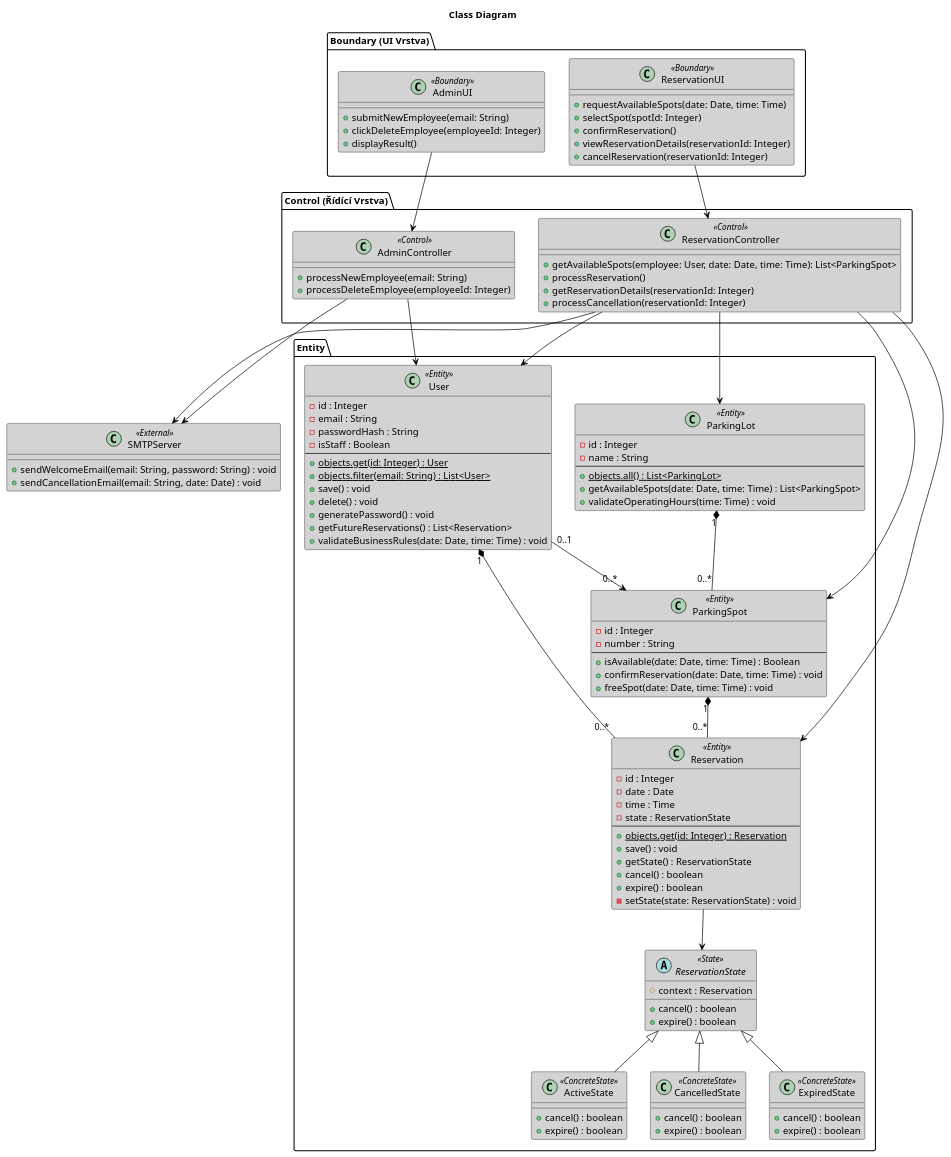
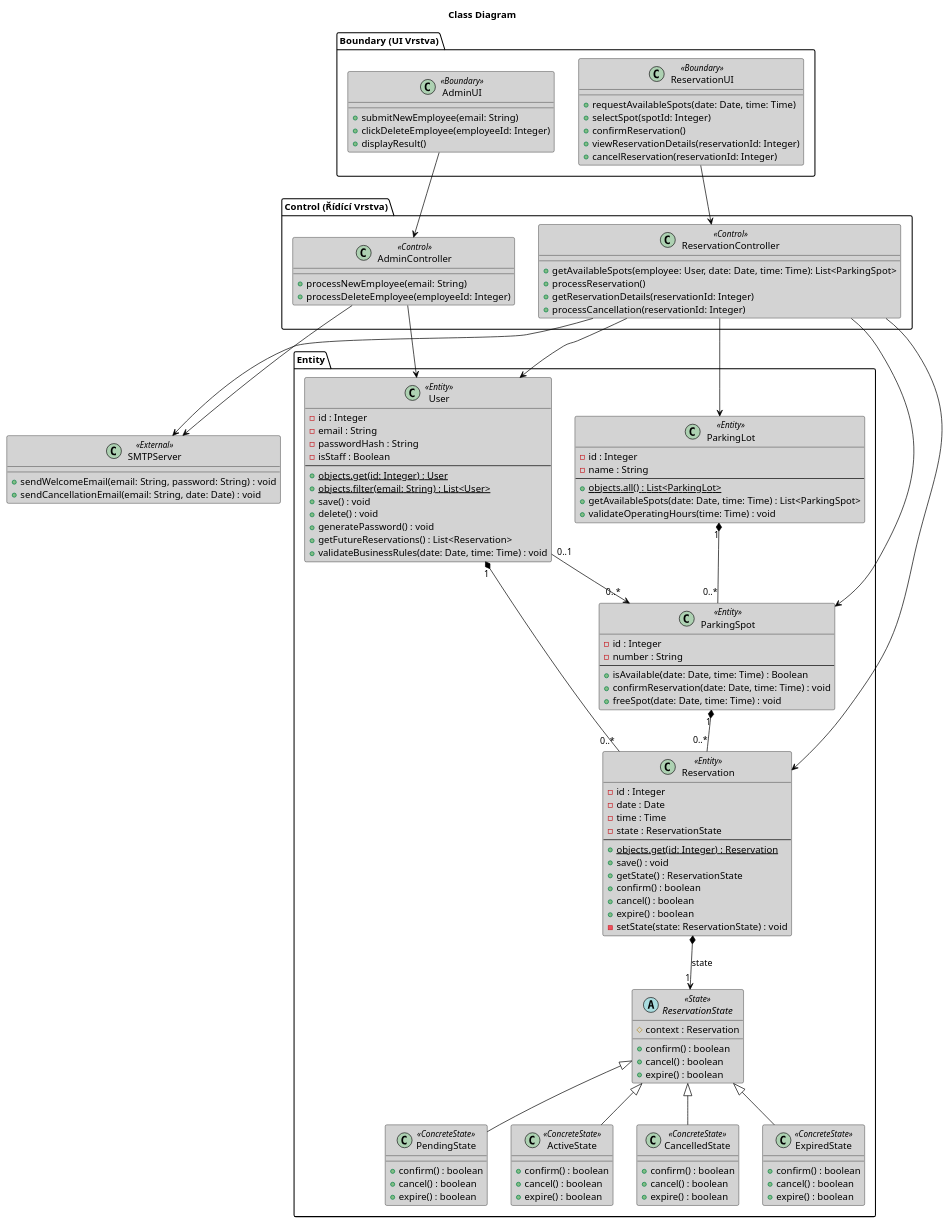
Before and after one commit to AidenCze/SWI-Project: the diagram in docs/diagramy/class.puml, drawn with PlantUML. The commit also changed 2 other files, not shown here.

Commit message:
Enhance reservation state management by adding confirm methods and refining state descriptions

```diff
--- a/docs/diagramy/class.puml
+++ b/docs/diagramy/class.puml
@@ -1,143 +1,155 @@
 @startuml
 title Class Diagram
 
 skinparam class {
     BackgroundColor LightGray
     ArrowColor Black
     BorderColor Black
 }
 
 hide empty methods
 
 package "Boundary (UI Vrstva)" {
     class "AdminUI" as AdminUI <<Boundary>> {
         + submitNewEmployee(email: String)
         + clickDeleteEmployee(employeeId: Integer)
         + displayResult()
     }
     
     class "ReservationUI" as ResUI <<Boundary>> {
         + requestAvailableSpots(date: Date, time: Time)
         + selectSpot(spotId: Integer)
         + confirmReservation()
         + viewReservationDetails(reservationId: Integer)
         + cancelReservation(reservationId: Integer)
     }
 }
 
 package "Control (Řídící Vrstva)" {
     class "AdminController" as AdminCtrl <<Control>> {
         + processNewEmployee(email: String)
         + processDeleteEmployee(employeeId: Integer)
     }
     
     class "ReservationController" as ResCtrl <<Control>> {
         + getAvailableSpots(employee: User, date: Date, time: Time): List<ParkingSpot>
         + processReservation()
         + getReservationDetails(reservationId: Integer)
         + processCancellation(reservationId: Integer)
     }
 }
 
 package "Entity" {
     class "User" as User <<Entity>> {
         - id : Integer
         - email : String
         - passwordHash : String
         - isStaff : Boolean
         ---
         + {static} objects.get(id: Integer) : User
         + {static} objects.filter(email: String) : List<User>
         + save() : void
         + delete() : void
         + generatePassword() : void
         + getFutureReservations() : List<Reservation>
         + validateBusinessRules(date: Date, time: Time) : void
     }
 
     class "ParkingLot" as Lot <<Entity>> {
         - id : Integer
         - name : String
         ---
         + {static} objects.all() : List<ParkingLot>
         + getAvailableSpots(date: Date, time: Time) : List<ParkingSpot>
         + validateOperatingHours(time: Time) : void
     }
 
     class "ParkingSpot" as Spot <<Entity>> {
         - id : Integer
         - number : String
         ---
         + isAvailable(date: Date, time: Time) : Boolean
         + confirmReservation(date: Date, time: Time) : void
         + freeSpot(date: Date, time: Time) : void
     }
 
     class "Reservation" as Res <<Entity>> {
         - id : Integer
         - date : Date
         - time : Time
         - state : ReservationState
         ---
         + {static} objects.get(id: Integer) : Reservation
         + save() : void
         + getState() : ReservationState
+        + confirm() : boolean
         + cancel() : boolean
         + expire() : boolean
         - setState(state: ReservationState) : void
     }
 
     abstract class "ReservationState" as State <<State>> {
         # context : Reservation
+        + confirm() : boolean
+        + cancel() : boolean
+        + expire() : boolean
+    }
+
+    class "PendingState" as StatePending <<ConcreteState>> {
+        + confirm() : boolean
         + cancel() : boolean
         + expire() : boolean
     }
 
     class "ActiveState" as StateActive <<ConcreteState>> {
+        + confirm() : boolean
         + cancel() : boolean
         + expire() : boolean
     }
 
     class "CancelledState" as StateCancelled <<ConcreteState>> {
+        + confirm() : boolean
         + cancel() : boolean
         + expire() : boolean
     }
 
     class "ExpiredState" as StateExpired <<ConcreteState>> {
+        + confirm() : boolean
         + cancel() : boolean
         + expire() : boolean
     }
 }
 
 class "SMTPServer" as SMTP <<External>> {
     + sendWelcomeEmail(email: String, password: String) : void
     + sendCancellationEmail(email: String, date: Date) : void
 }
 
 ' Propojení UI a Control
 AdminUI --> AdminCtrl
 ResUI --> ResCtrl
 
 ' Propojení Control a Active Record Entit (Controller volá ORM)
 AdminCtrl --> User
 ResCtrl --> Lot
 ResCtrl --> Spot
 ResCtrl --> Res
 ResCtrl --> User
 
 ' Propojení Control a External
 AdminCtrl --> SMTP
 ResCtrl --> SMTP
 
-' Vztahy vzoru State
-Res --> State
+' Vztahy vzoru State s využitím kompozice
+Res *--> "1" State : state
+State <|-- StatePending
 State <|-- StateActive
 State <|-- StateCancelled
 State <|-- StateExpired
 
 ' Datové a doménové vztahy (s UML notací kompozice)
 Lot "1" *-- "0..*" Spot
 User "1" *-- "0..*" Res
 Spot "1" *-- "0..*" Res
 User "0..1" --> "0..*" Spot
 @enduml
```
